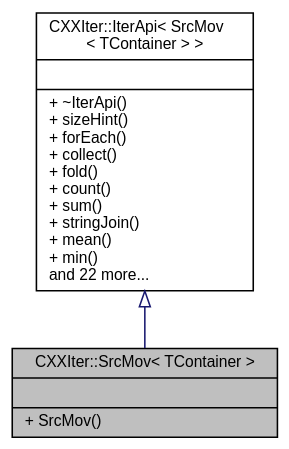
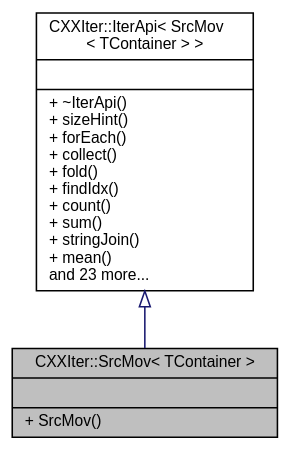
Before and after one commit to seijikun/CXXIter: the diagram in classCXXIter_1_1SrcMov__coll__graph.dot, drawn with Graphviz. The commit also changed 28 other files, not shown here.

```diff
--- a/classCXXIter_1_1SrcMov__coll__graph.dot
+++ b/classCXXIter_1_1SrcMov__coll__graph.dot
@@ -1,11 +1,11 @@
 digraph "CXXIter::SrcMov&lt; TContainer &gt;"
 {
  // INTERACTIVE_SVG=YES
  // LATEX_PDF_SIZE
   bgcolor="transparent";
   edge [fontname="Helvetica",fontsize="10",labelfontname="Helvetica",labelfontsize="10"];
   node [fontname="Helvetica",fontsize="10",shape=record];
   Node1 [label="{CXXIter::SrcMov\< TContainer \>\n||+ SrcMov()\l}",height=0.2,width=0.4,color="black", fillcolor="grey75", style="filled", fontcolor="black",tooltip="CXXIter iterator source that takes over the input item source, and moves its items through the elemen..."];
   Node2 -> Node1 [dir="back",color="midnightblue",fontsize="10",style="solid",arrowtail="onormal",fontname="Helvetica"];
-  Node2 [label="{CXXIter::IterApi\< SrcMov\l\< TContainer \> \>\n||+ ~IterApi()\l+ sizeHint()\l+ forEach()\l+ collect()\l+ fold()\l+ count()\l+ sum()\l+ stringJoin()\l+ mean()\l+ min()\land 22 more...\l}",height=0.2,width=0.4,color="black",URL="$classCXXIter_1_1IterApi.html",tooltip=" "];
+  Node2 [label="{CXXIter::IterApi\< SrcMov\l\< TContainer \> \>\n||+ ~IterApi()\l+ sizeHint()\l+ forEach()\l+ collect()\l+ fold()\l+ findIdx()\l+ count()\l+ sum()\l+ stringJoin()\l+ mean()\land 23 more...\l}",height=0.2,width=0.4,color="black",URL="$classCXXIter_1_1IterApi.html",tooltip=" "];
 }
```
